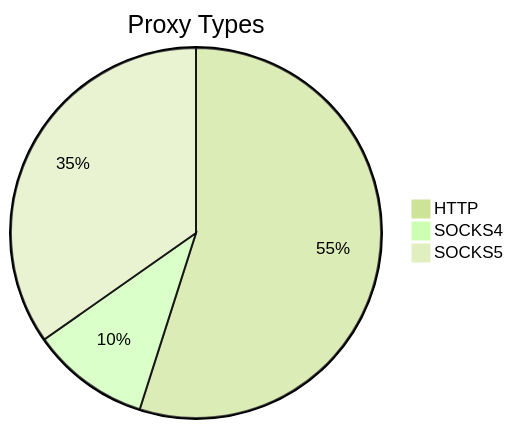
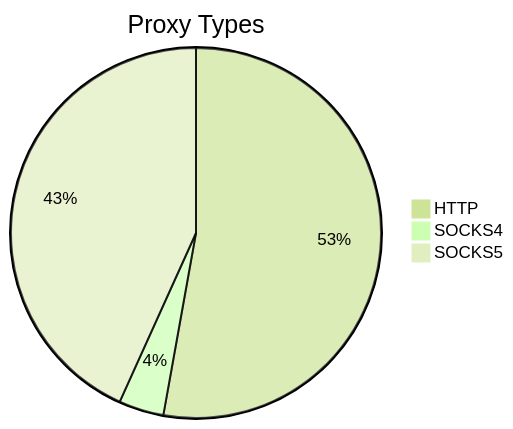
One commit to stormsia/proxy-list changed the first of 2 diagrams in README.md. Above: the diagram before and after it, drawn with Mermaid (forest theme). The commit also changed other lines of this file, not shown here.

````diff
--- a/README.md
+++ b/README.md
@@ -21,6 +21,6 @@
 ```mermaid
 pie title Proxy Types
-    "HTTP" : 430
-    "SOCKS4" : 81
-    "SOCKS5" : 272
+    "HTTP" : 215
+    "SOCKS4" : 16
+    "SOCKS5" : 176
 ```
````
